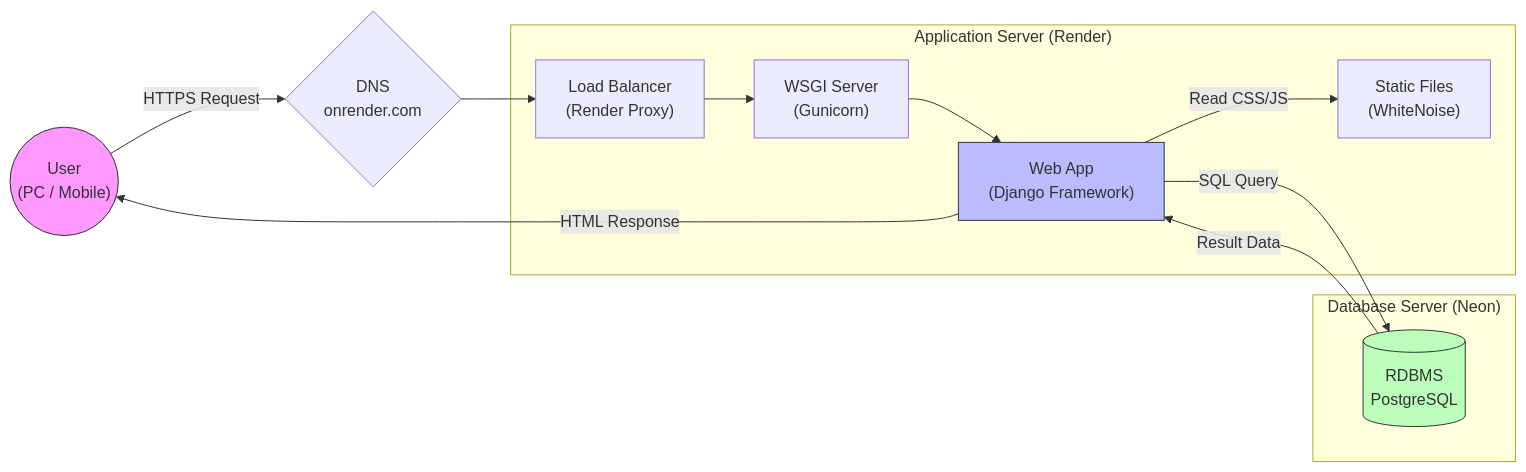
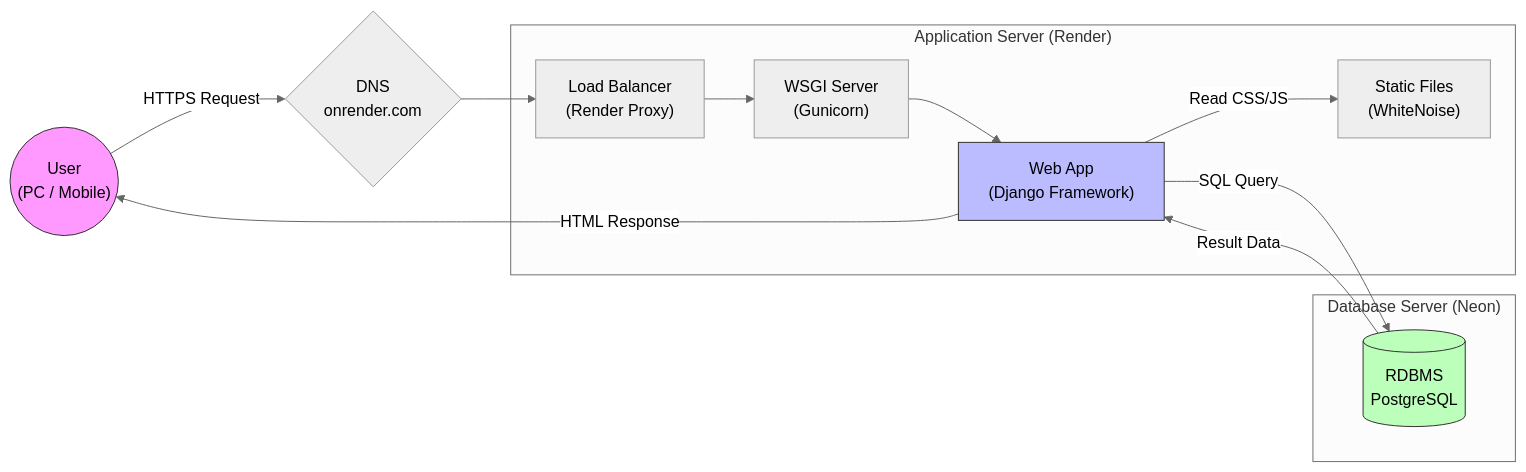
One commit to Takahashi-kimchi/Bed-motto-muri-tettsuyas changed the first of 2 diagrams in README.md. Above: the diagram before and after it, drawn with Mermaid. The commit also changed other lines of this file, not shown here.

````diff
--- a/README.md
+++ b/README.md
@@ -61,34 +61,35 @@
 ```mermaid
+%%{init: {'theme': 'neutral'} }%%
 graph LR
     User(("User<br/>(PC / Mobile)"))
     DNS{"DNS<br/>onrender.com"}
     
     subgraph "Application Server (Render)"
         LB["Load Balancer<br/>(Render Proxy)"]
         Gunicorn["WSGI Server<br/>(Gunicorn)"]
         Django["Web App<br/>(Django Framework)"]
         Static["Static Files<br/>(WhiteNoise)"]
     end
     
     subgraph "Database Server (Neon)"
         DB[("RDBMS<br/>PostgreSQL")]
     end
 
     %% データの流れ
     User -- HTTPS Request --> DNS
     DNS --> LB
     LB --> Gunicorn
     Gunicorn --> Django
     
     Django -- SQL Query --> DB
     DB -- Result Data --> Django
     
     Django -- Read CSS/JS --> Static
     Django -- HTML Response --> User
 
     %% スタイル定義
     style User fill:#f9f,stroke:#333
     style Django fill:#bbf,stroke:#333
     style DB fill:#bfb,stroke:#333
 
 ```
````
